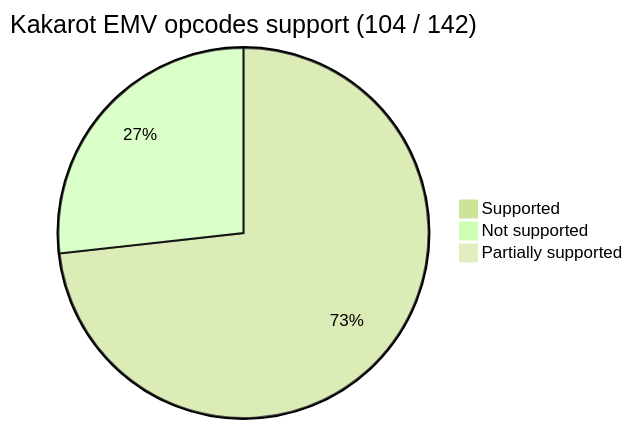
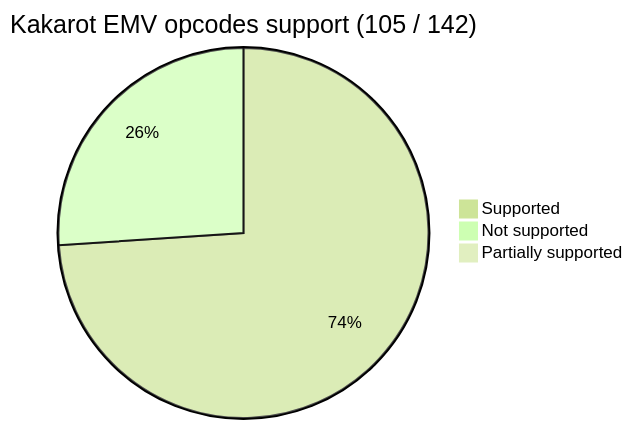
One commit to kkrt-labs/kakarot changed the first of 2 diagrams in README.md. Above: the diagram before and after it, drawn with Mermaid. The commit also changed 2 other files, not shown here.

Commit message:
docs: updated completed opcode count

````diff
--- a/README.md
+++ b/README.md
@@ -36,9 +36,9 @@
 ```mermaid
 %%{init: {'theme': 'forest', 'themeVariables': { 'darkMode': 'false'}}}%%
 
-pie title Kakarot EMV opcodes support (104 / 142)
-    "Supported" : 104
-    "Not supported" : 38
+pie title Kakarot EMV opcodes support (105 / 142)
+    "Supported" : 105
+    "Not supported" : 37
 
     "Partially supported" : 0
 ```
````
